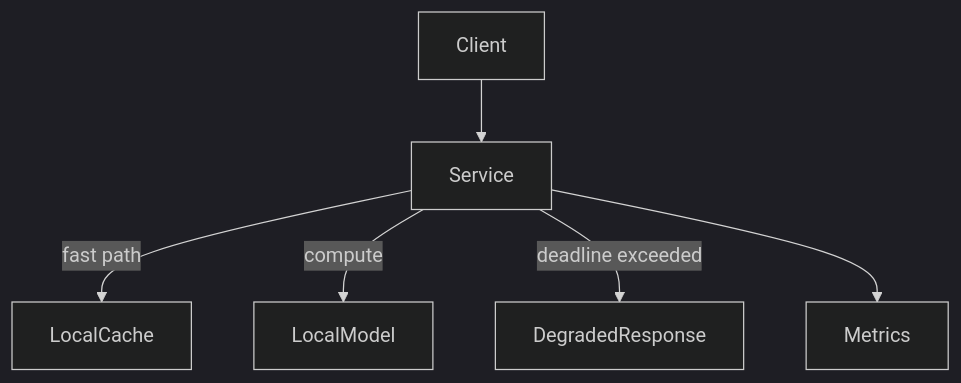
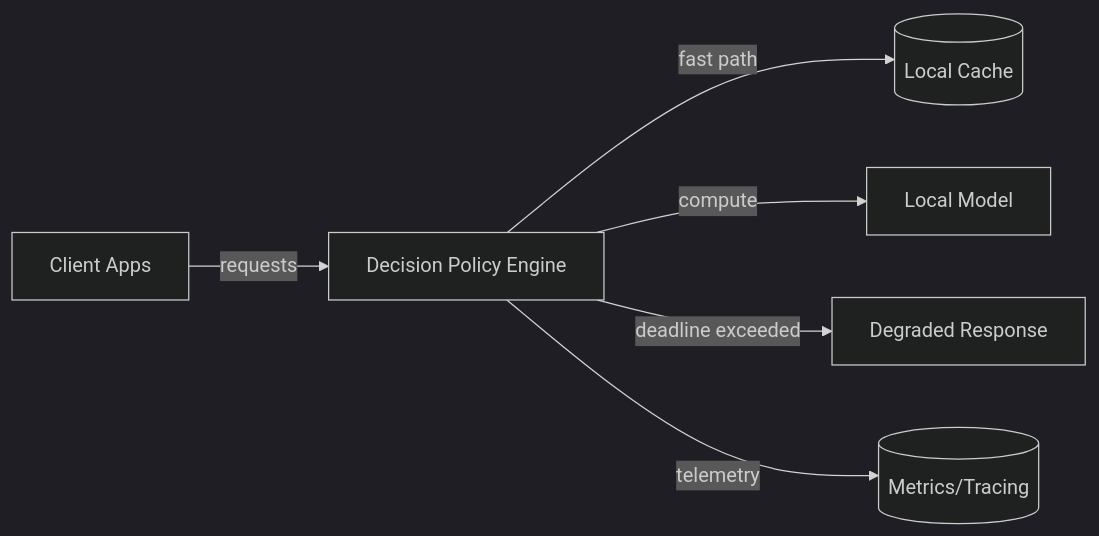
Before and after one commit to rafaellimatecnologia-cloud/decision-policy-engine: the diagram in README.md, drawn with Mermaid (dark theme). The commit also changed other lines of this file and 3 other files, not shown here.

````diff
--- a/README.md
+++ b/README.md
@@ -37,8 +37,8 @@
 ```mermaid
-flowchart TD
-    Client --> Service
-    Service -->|fast path| LocalCache
-    Service -->|compute| LocalModel
-    Service -->|deadline exceeded| DegradedResponse
-    Service --> Metrics
+flowchart LR
+    Client[Client Apps] -->|requests| Service[Decision Policy Engine]
+    Service -->|fast path| LocalCache[(Local Cache)]
+    Service -->|compute| LocalModel[Local Model]
+    Service -->|deadline exceeded| DegradedResponse[Degraded Response]
+    Service -->|telemetry| Metrics[(Metrics/Tracing)]
 ```
````
